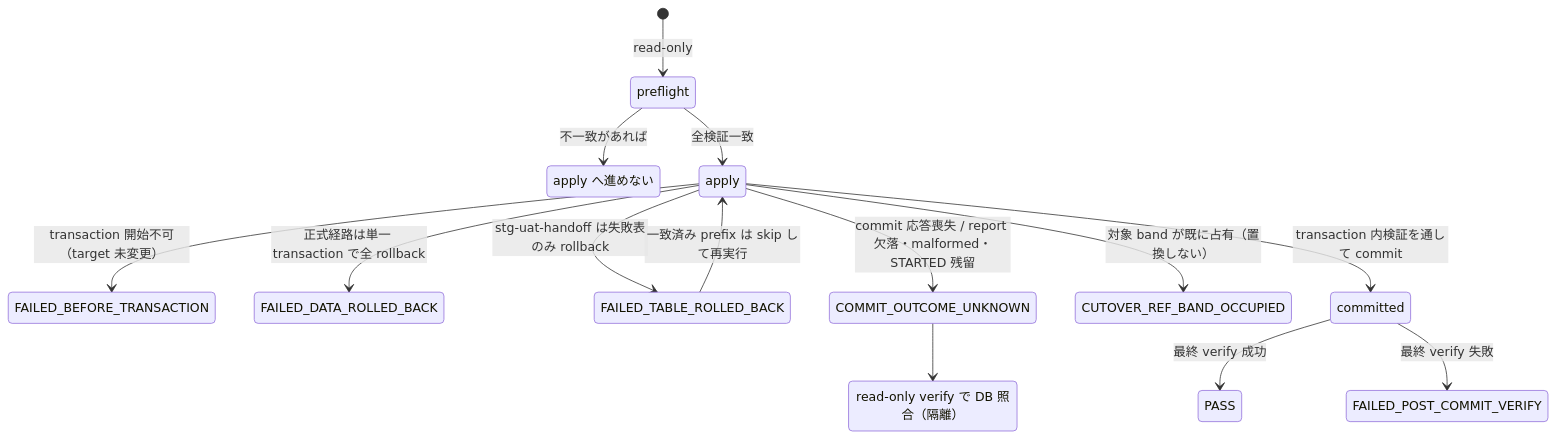
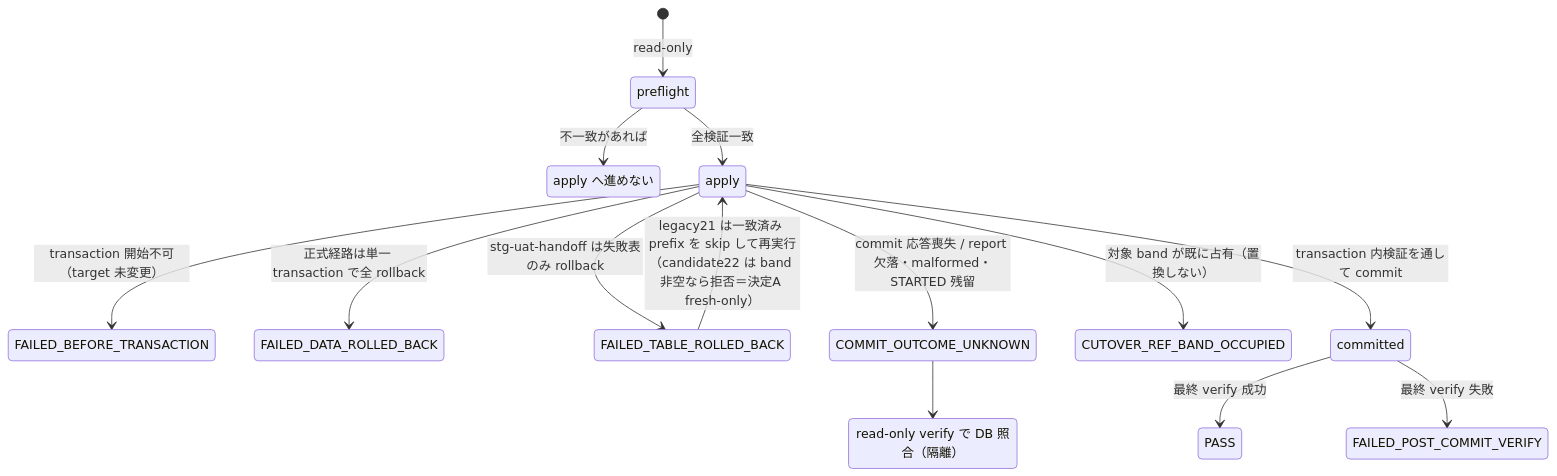
The diagram in docs/ops/deploy/seeds/CLINIC_CSV_IMPORT.md (MinoruSoga/AnimalEkarte), drawn with Mermaid before and after one commit. The commit also changed other lines of this file and 3 other files, not shown here.

````diff
--- a/docs/ops/deploy/seeds/CLINIC_CSV_IMPORT.md
+++ b/docs/ops/deploy/seeds/CLINIC_CSV_IMPORT.md
@@ -204,18 +204,18 @@
 ```mermaid
 stateDiagram-v2
   [*] --> preflight: read-only
   state "apply へ進めない" as blocked
   state "read-only verify で DB 照合（隔離）" as verify
   preflight --> blocked: 不一致があれば
   preflight --> apply: 全検証一致
   apply --> FAILED_BEFORE_TRANSACTION: transaction 開始不可（target 未変更）
   apply --> FAILED_DATA_ROLLED_BACK: 正式経路は単一 transaction で全 rollback
   apply --> FAILED_TABLE_ROLLED_BACK: stg-uat-handoff は失敗表のみ rollback
   apply --> COMMIT_OUTCOME_UNKNOWN: commit 応答喪失 / report 欠落・malformed・STARTED 残留
   apply --> CUTOVER_REF_BAND_OCCUPIED: 対象 band が既に占有（置換しない）
   apply --> committed: transaction 内検証を通して commit
   committed --> PASS: 最終 verify 成功
   committed --> FAILED_POST_COMMIT_VERIFY: 最終 verify 失敗
   COMMIT_OUTCOME_UNKNOWN --> verify
-  FAILED_TABLE_ROLLED_BACK --> apply: 一致済み prefix は skip して再実行
+  FAILED_TABLE_ROLLED_BACK --> apply: legacy21 は一致済み prefix を skip して再実行（candidate22 は band 非空なら拒否＝決定A fresh-only）
 ```
````
